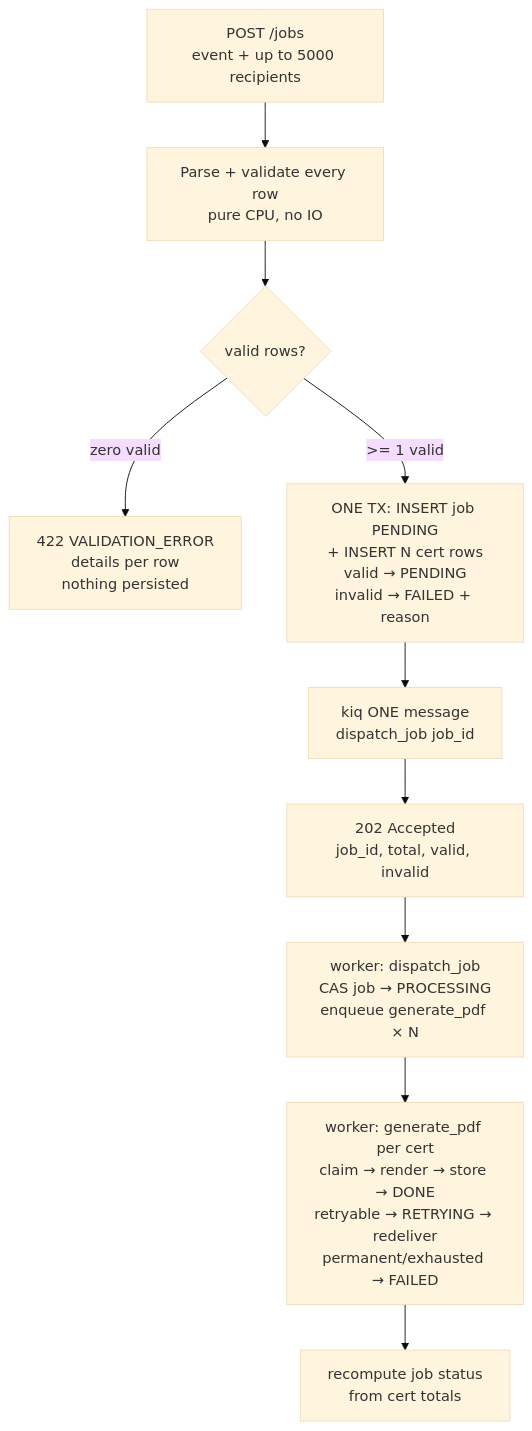
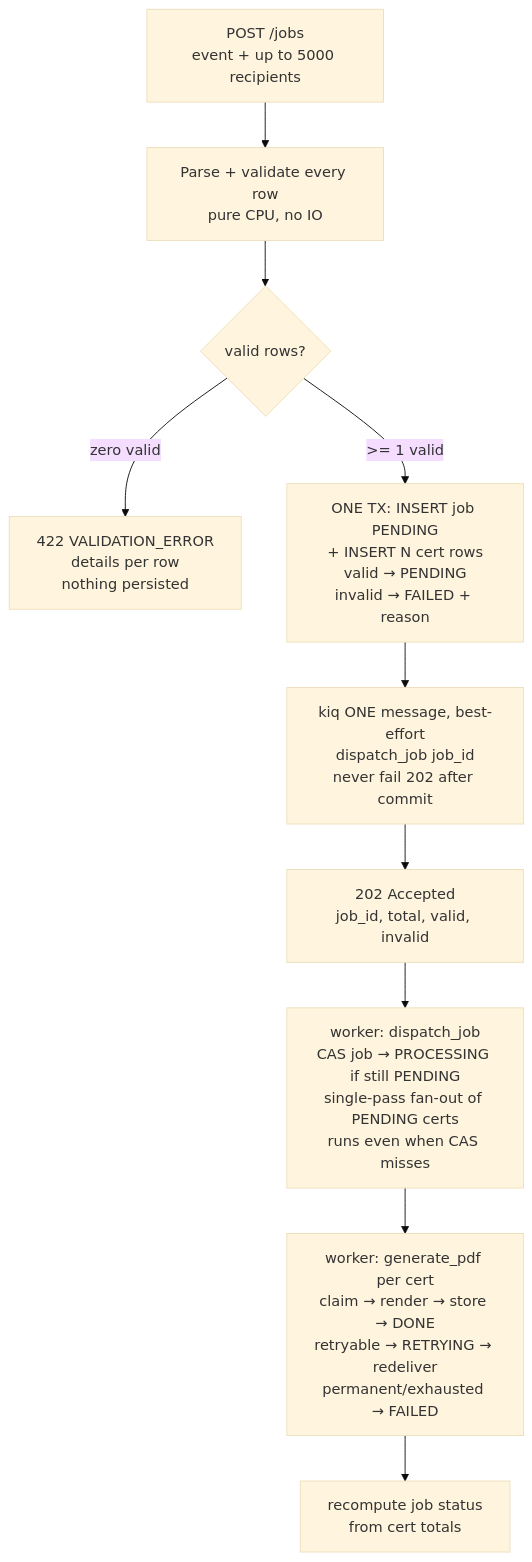
Before and after one commit to shah-dhwanil/aereo-assignment: the second of 13 diagrams in docs/superpowers/specs/2026-10-11-bulk-certificate-generator-design.md, drawn with Mermaid (base theme). The commit also changed other lines of this file, not shown here.

````diff
--- a/docs/superpowers/specs/2026-10-11-bulk-certificate-generator-design.md
+++ b/docs/superpowers/specs/2026-10-11-bulk-certificate-generator-design.md
@@ -114,12 +115,12 @@
 ```mermaid
 flowchart TD
     A["POST /jobs<br/>event + up to 5000 recipients"] --> B["Parse + validate every row<br/>pure CPU, no IO"]
     B --> C{"valid rows?"}
     C -- "zero valid" --> D["422 VALIDATION_ERROR<br/>details per row<br/>nothing persisted"]
     C -- ">= 1 valid" --> E["ONE TX: INSERT job PENDING<br/>+ INSERT N cert rows<br/>valid → PENDING<br/>invalid → FAILED + reason"]
-    E --> F["kiq ONE message<br/>dispatch_job job_id"]
+    E --> F["kiq ONE message, best-effort<br/>dispatch_job job_id<br/>never fail 202 after commit"]
     F --> G["202 Accepted<br/>job_id, total, valid, invalid"]
-    G --> H["worker: dispatch_job<br/>CAS job → PROCESSING<br/>enqueue generate_pdf × N"]
+    G --> H["worker: dispatch_job<br/>CAS job → PROCESSING if still PENDING<br/>single-pass fan-out of PENDING certs<br/>runs even when CAS misses"]
     H --> I["worker: generate_pdf per cert<br/>claim → render → store → DONE<br/>retryable → RETRYING → redeliver<br/>permanent/exhausted → FAILED"]
     I --> J["recompute job status<br/>from cert totals"]
 ```
````
